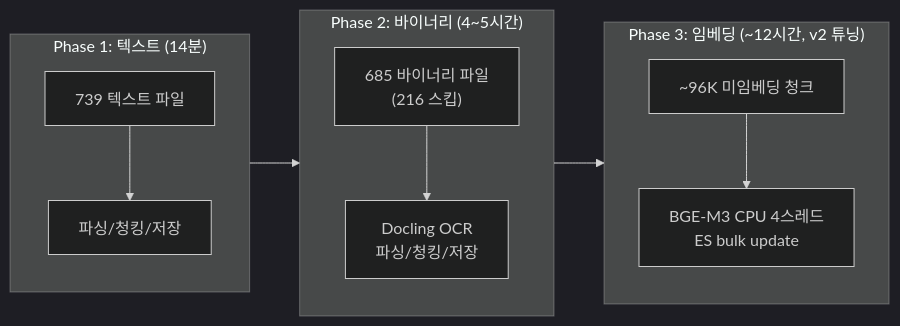
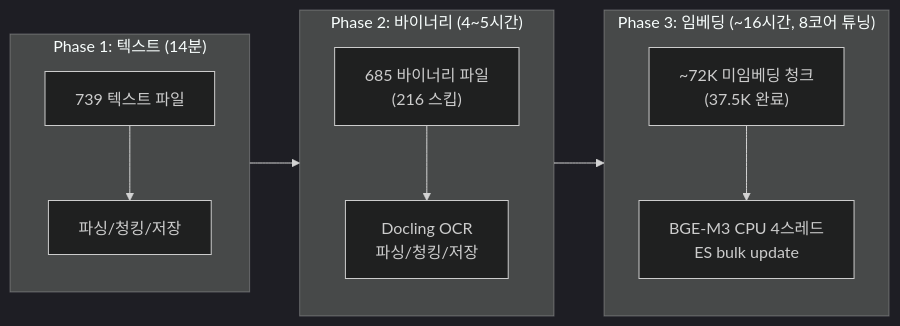
One commit to k82022603/hybrid-rag-knowledge-ops changed the first of 5 diagrams in knowledge_service/docs/04_testing/embedding_evaluation/01_etl_3phase_embedding_report.md. Above: the diagram before and after it, drawn with Mermaid (dark theme). The commit also changed other lines of this file and 7 other files, not shown here.

````diff
--- a/knowledge_service/docs/04_testing/embedding_evaluation/01_etl_3phase_embedding_report.md
+++ b/knowledge_service/docs/04_testing/embedding_evaluation/01_etl_3phase_embedding_report.md
@@ -16,13 +20,13 @@
 ```mermaid
 flowchart LR
     subgraph Phase1["Phase 1: 텍스트 (14분)"]
         A["739 텍스트 파일"] --> B["파싱/청킹/저장"]
     end
     subgraph Phase2["Phase 2: 바이너리 (4~5시간)"]
         C["685 바이너리 파일<br/>(216 스킵)"] --> D["Docling OCR<br/>파싱/청킹/저장"]
     end
-    subgraph Phase3["Phase 3: 임베딩 (~12시간, v2 튜닝)"]
-        E["~96K 미임베딩 청크"] --> F["BGE-M3 CPU 4스레드<br/>ES bulk update"]
+    subgraph Phase3["Phase 3: 임베딩 (~16시간, 8코어 튜닝)"]
+        E["~72K 미임베딩 청크<br/>(37.5K 완료)"] --> F["BGE-M3 CPU 4스레드<br/>ES bulk update"]
     end
     Phase1 --> Phase2 --> Phase3
 ```
````
